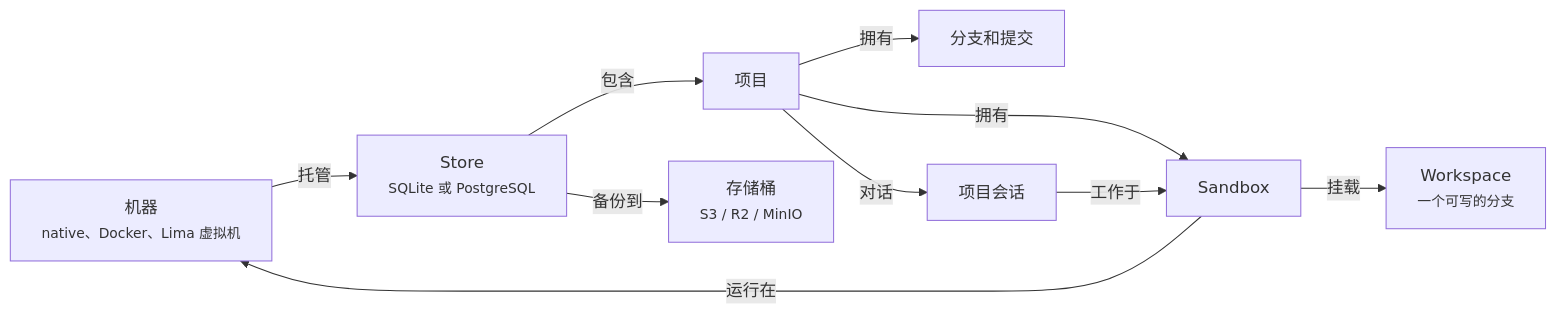
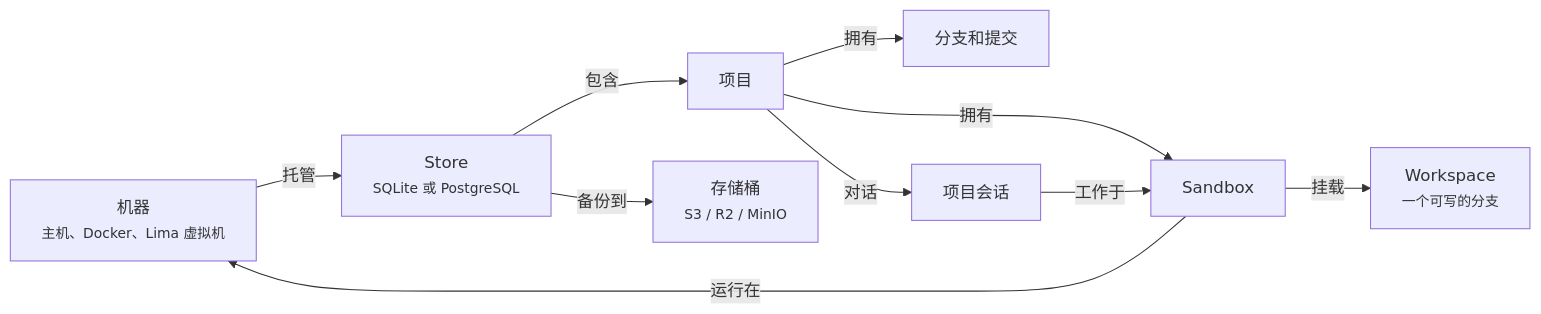
Before and after one commit to Ephemeral-AI-Lab/dsh-layerfs: the first of 2 diagrams in docs/guide/zh/README.md, drawn with Mermaid. The commit also changed other lines of this file and 44 other files, not shown here.

````diff
--- a/docs/guide/zh/README.md
+++ b/docs/guide/zh/README.md
@@ -37,12 +37,12 @@
 ```mermaid
 flowchart LR
-  M["机器<br/><small>native、Docker、Lima 虚拟机</small>"] -- "托管" --> S["Store<br/><small>SQLite 或 PostgreSQL</small>"]
+  M["机器<br/><small>主机、Docker、Lima 虚拟机</small>"] -- "托管" --> S["Store<br/><small>SQLite 或 PostgreSQL</small>"]
   S -- "包含" --> P["项目"]
   P -- "拥有" --> B["分支和提交"]
   P -- "拥有" --> X["Sandbox"]
   X -- "运行在" --> M
   X -- "挂载" --> W["Workspace<br/><small>一个可写的分支</small>"]
   P -- "对话" --> C["项目会话"]
   C -- "工作于" --> X
   S -- "备份到" --> K["存储桶<br/><small>S3 / R2 / MinIO</small>"]
 ```
````
